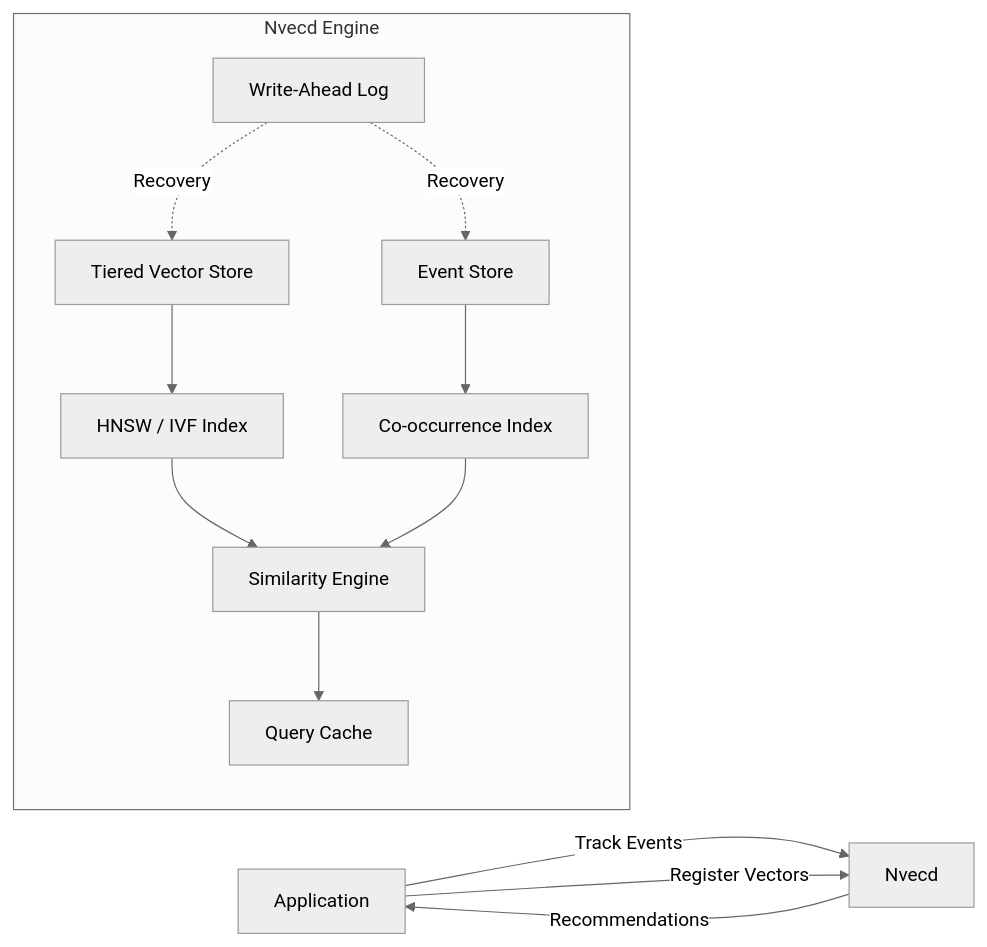
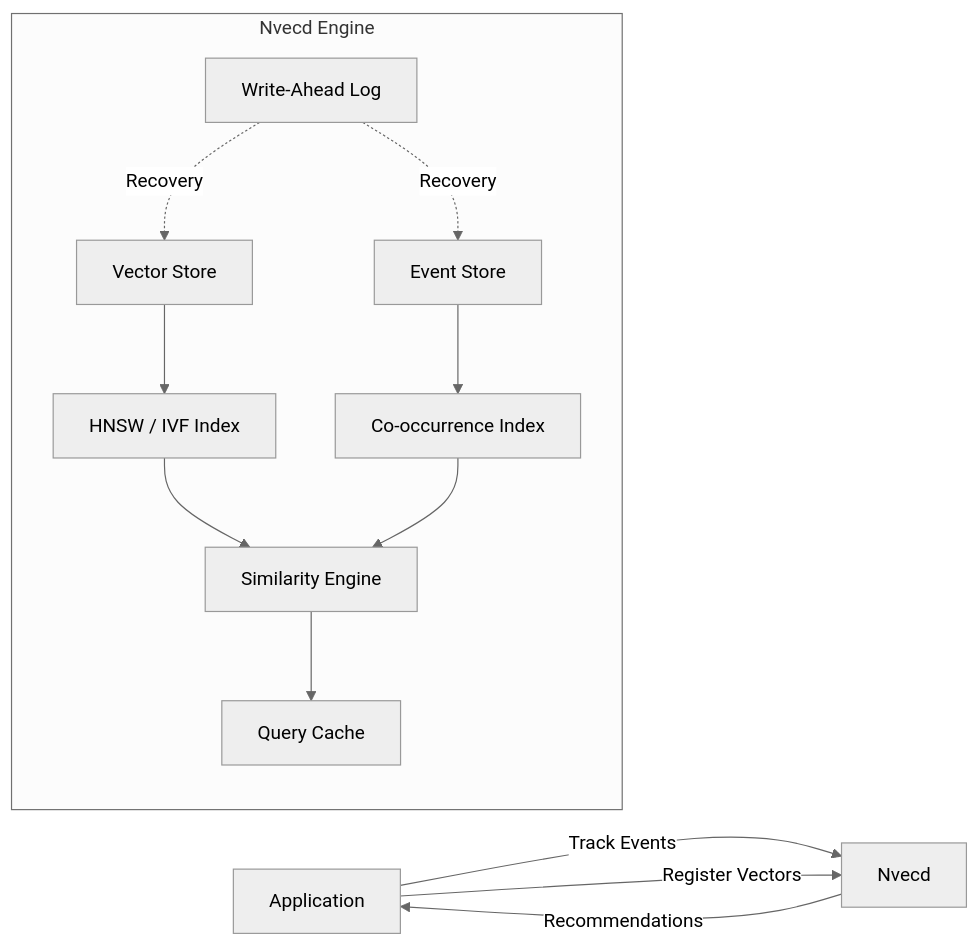
One commit to libraz/nvecd changed the diagram in README.md. Above: the diagram before and after it, drawn with Mermaid (neutral theme). The commit also changed other lines of this file and 10 other files, not shown here.

````diff
--- a/README.md
+++ b/README.md
@@ -186,16 +186,16 @@
 ```mermaid
 graph LR
     App[Application] -->|Track Events| Nvecd[Nvecd]
     App -->|Register Vectors| Nvecd
     Nvecd -->|Recommendations| App
 
     subgraph Nvecd Engine
         Events[Event Store] --> CoOcc[Co-occurrence Index]
-        Vectors[Tiered Vector Store] --> ANN[HNSW / IVF Index]
+        Vectors[Vector Store] --> ANN[HNSW / IVF Index]
         ANN --> Sim[Similarity Engine]
         CoOcc --> Sim
         Sim --> Cache[Query Cache]
         WAL[Write-Ahead Log] -.->|Recovery| Events
         WAL -.->|Recovery| Vectors
     end
 ```
````
